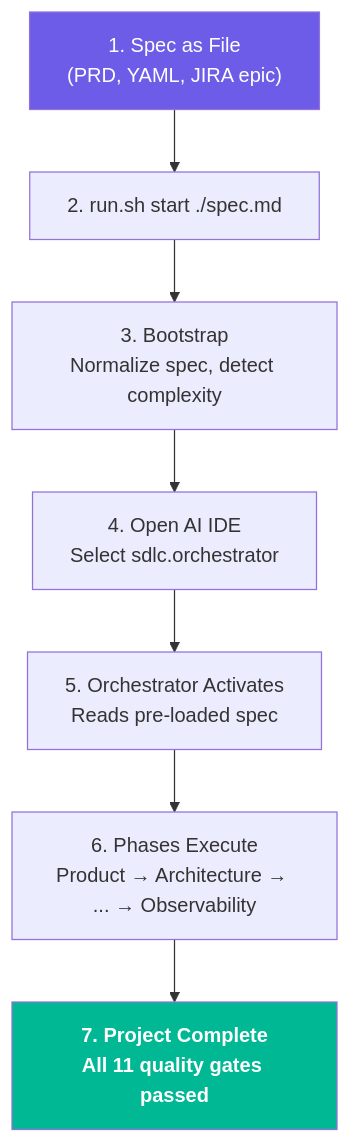
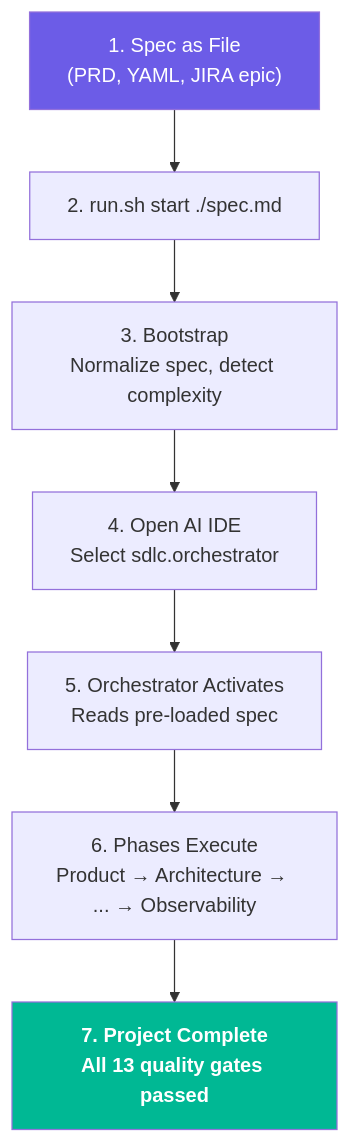
The second of 5 diagrams in docs/usage-guide.md (bitbitcodes/autonomous-sdlc), drawn with Mermaid before and after one commit. The commit also changed other lines of this file and 131 other files, not shown here.

````diff
--- a/docs/usage-guide.md
+++ b/docs/usage-guide.md
@@ -77,12 +77,12 @@
 ```mermaid
 flowchart TD
     SPEC["1. Spec as File<br/>(PRD, YAML, JIRA epic)"] --> START["2. run.sh start ./spec.md"]
     START --> BOOT["3. Bootstrap<br/>Normalize spec, detect complexity"]
     BOOT --> IDE["4. Open AI IDE<br/>Select sdlc.orchestrator"]
     IDE --> ORCH["5. Orchestrator Activates<br/>Reads pre-loaded spec"]
     ORCH --> PHASES["6. Phases Execute<br/>Product → Architecture → ... → Observability"]
-    PHASES --> DONE["7. Project Complete<br/>All 11 quality gates passed"]
+    PHASES --> DONE["7. Project Complete<br/>All 13 quality gates passed"]
 
     style SPEC fill:#6c5ce7,color:#fff
     style DONE fill:#00b894,color:#fff,font-weight:bold
 ```
````
